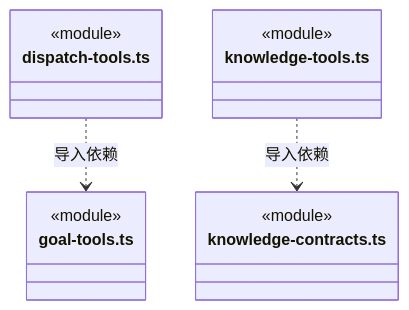
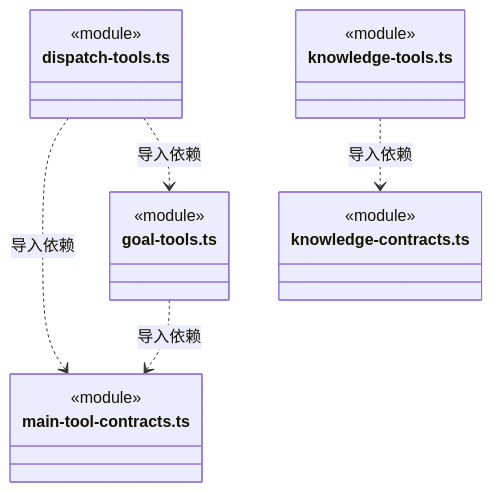
The ninth of 10 diagrams in src/backend/scheduler-engine/tools/ARCHITECTURE.md (nan023062/cbim), drawn with Mermaid before and after one commit. The commit also changed other lines of this file and 33 other files, not shown here.

````diff
--- a/src/backend/scheduler-engine/tools/ARCHITECTURE.md
+++ b/src/backend/scheduler-engine/tools/ARCHITECTURE.md
@@ -199,17 +218,22 @@
 ```mermaid
 classDiagram
 class N_src_backend_scheduler_engine_tools_dispatch_tools_ts["dispatch-tools.ts"] {
+  <<module>>
+}
+class N_src_backend_scheduler_engine_tools_main_tool_contracts_ts["main-tool-contracts.ts"] {
   <<module>>
 }
 class N_src_backend_scheduler_engine_tools_goal_tools_ts["goal-tools.ts"] {
   <<module>>
 }
 class N_src_backend_scheduler_engine_tools_knowledge_tools_ts["knowledge-tools.ts"] {
   <<module>>
 }
 class N_src_backend_scheduler_engine_tools_knowledge_contracts_ts["knowledge-contracts.ts"] {
   <<module>>
 }
+N_src_backend_scheduler_engine_tools_dispatch_tools_ts ..> N_src_backend_scheduler_engine_tools_main_tool_contracts_ts : 导入依赖
 N_src_backend_scheduler_engine_tools_dispatch_tools_ts ..> N_src_backend_scheduler_engine_tools_goal_tools_ts : 导入依赖
+N_src_backend_scheduler_engine_tools_goal_tools_ts ..> N_src_backend_scheduler_engine_tools_main_tool_contracts_ts : 导入依赖
 N_src_backend_scheduler_engine_tools_knowledge_tools_ts ..> N_src_backend_scheduler_engine_tools_knowledge_contracts_ts : 导入依赖
 ```
````
